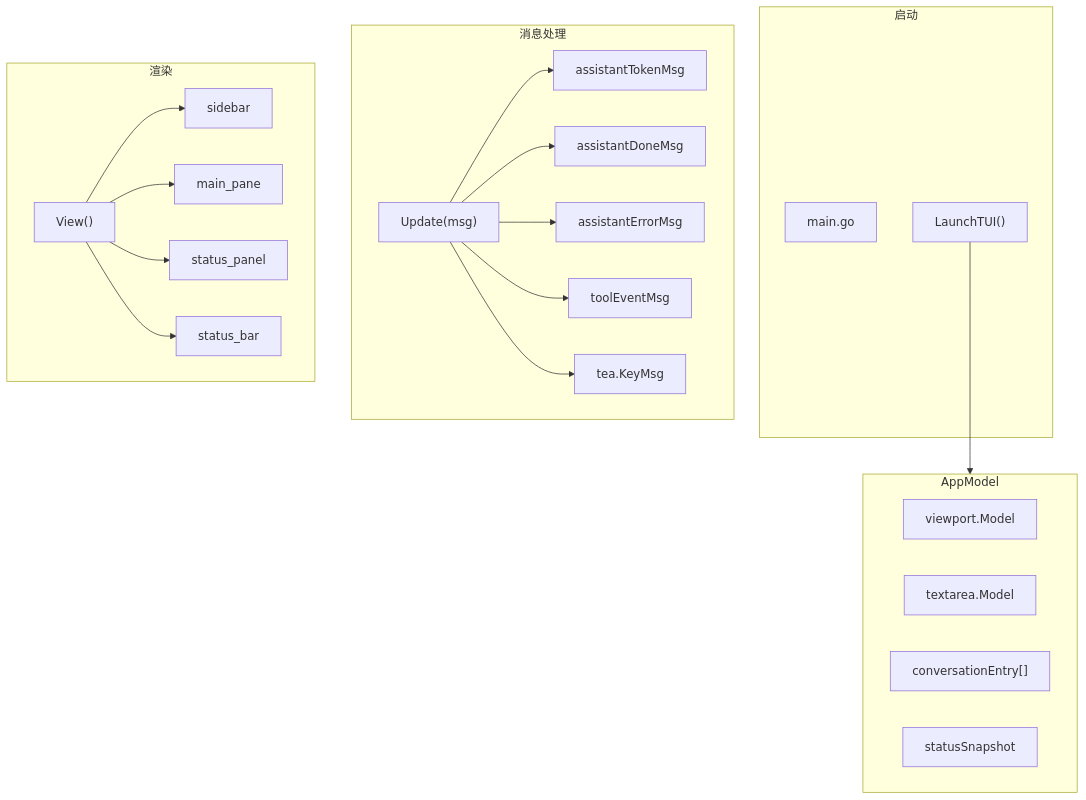
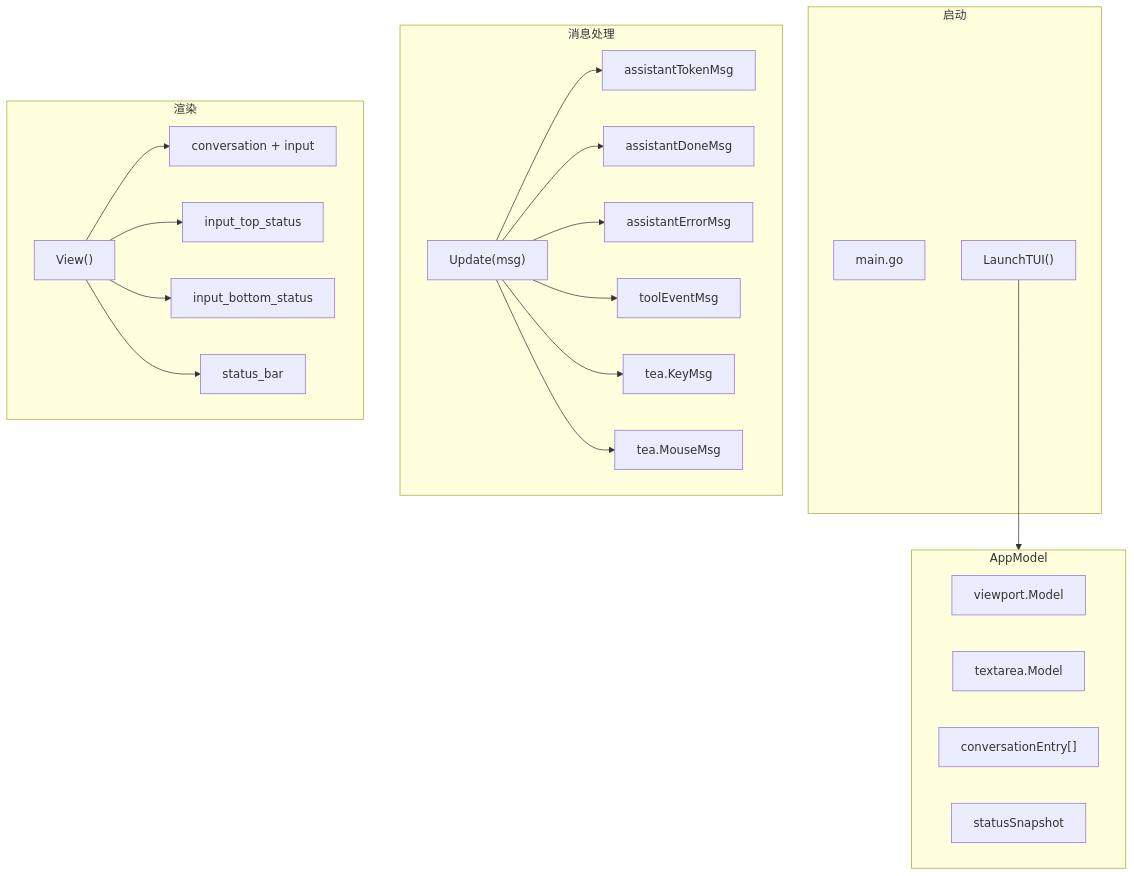
The diagram in doc/cli.md (Ozqi/5hAgent), drawn with Mermaid before and after one commit. The commit also changed other lines of this file and 12 other files, not shown here.

````diff
--- a/doc/cli.md
+++ b/doc/cli.md
@@ -5,42 +5,44 @@
 ```mermaid
 flowchart TB
     subgraph Launch["启动"]
         main["main.go"]
         launch["LaunchTUI()"]
     end
 
     subgraph Model["AppModel"]
         viewport["viewport.Model"]
         input["textarea.Model"]
         entries["conversationEntry[]"]
         snapshot["statusSnapshot"]
     end
 
     subgraph Update["消息处理"]
         update["Update(msg)"]
         token["assistantTokenMsg"]
         done["assistantDoneMsg"]
         error["assistantErrorMsg"]
         tool["toolEventMsg"]
         key["tea.KeyMsg"]
+        mouse["tea.MouseMsg"]
     end
 
     subgraph Render["渲染"]
         view["View()"]
-        sidebar["sidebar"]
-        main_pane["main_pane"]
-        status["status_panel"]
+        main_pane["conversation + input"]
+        top_status["input_top_status"]
+        bottom_status["input_bottom_status"]
         status_bar["status_bar"]
     end
 
     launch --> Model
     update --> token
     update --> done
     update --> error
     update --> tool
     update --> key
-    view --> sidebar
+    update --> mouse
     view --> main_pane
-    view --> status
+    view --> top_status
+    view --> bottom_status
     view --> status_bar
 ```
````
